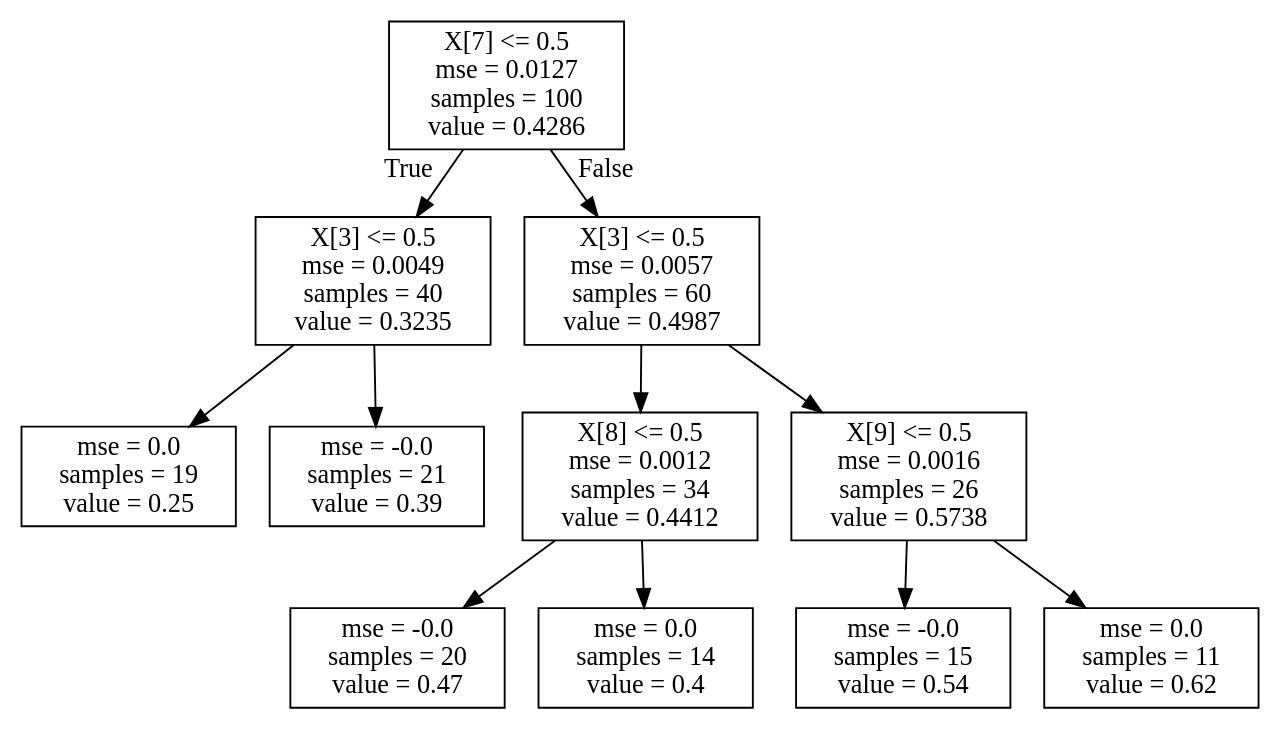
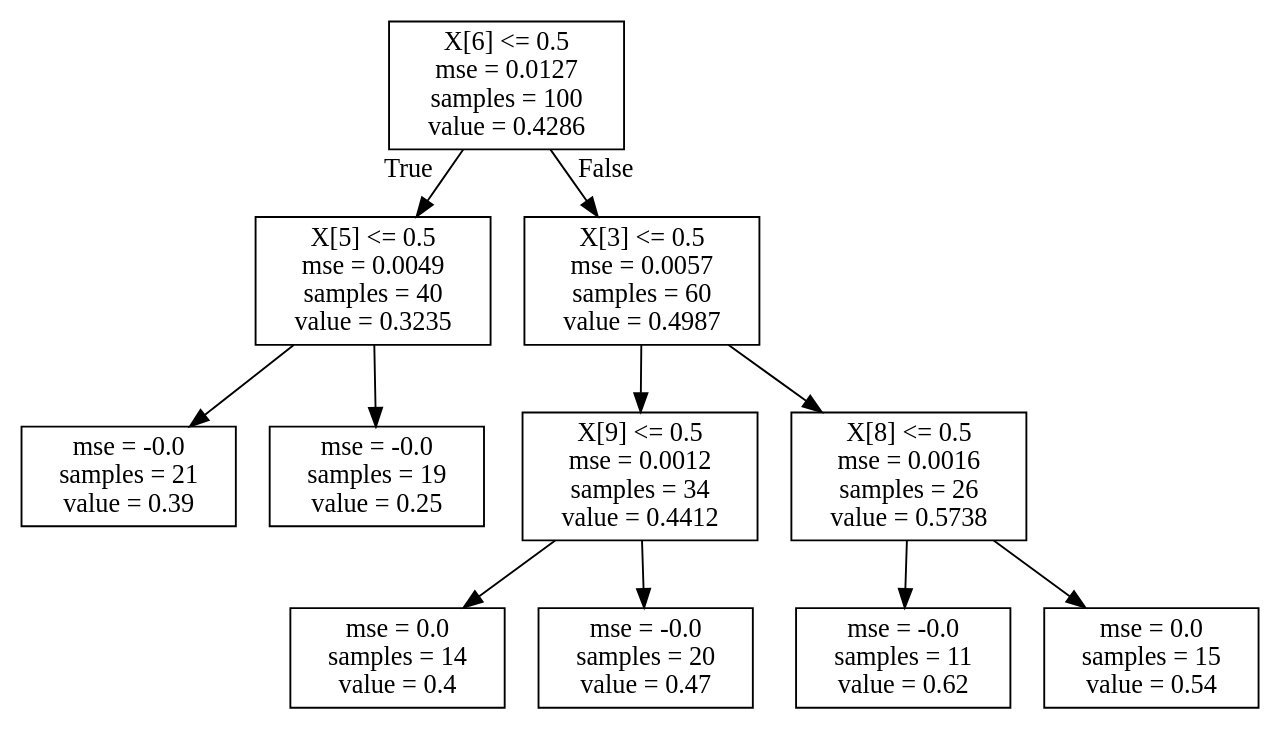
One commit to ai-se/SPL changed the diagram in surrogate_data/simple_2.dot. Above: the diagram before and after it, drawn with Graphviz. The commit also changed 12 other files, not shown here.

```diff
--- a/surrogate_data/simple_2.dot
+++ b/surrogate_data/simple_2.dot
@@ -1,24 +1,24 @@
 digraph Tree {
 node [shape=box] ;
-0 [label="X[7] <= 0.5\nmse = 0.0127\nsamples = 100\nvalue = 0.4286"] ;
-1 [label="X[3] <= 0.5\nmse = 0.0049\nsamples = 40\nvalue = 0.3235"] ;
+0 [label="X[6] <= 0.5\nmse = 0.0127\nsamples = 100\nvalue = 0.4286"] ;
+1 [label="X[5] <= 0.5\nmse = 0.0049\nsamples = 40\nvalue = 0.3235"] ;
 0 -> 1 [labeldistance=2.5, labelangle=45, headlabel="True"] ;
-2 [label="mse = 0.0\nsamples = 19\nvalue = 0.25"] ;
+2 [label="mse = -0.0\nsamples = 21\nvalue = 0.39"] ;
 1 -> 2 ;
-3 [label="mse = -0.0\nsamples = 21\nvalue = 0.39"] ;
+3 [label="mse = -0.0\nsamples = 19\nvalue = 0.25"] ;
 1 -> 3 ;
 4 [label="X[3] <= 0.5\nmse = 0.0057\nsamples = 60\nvalue = 0.4987"] ;
 0 -> 4 [labeldistance=2.5, labelangle=-45, headlabel="False"] ;
-5 [label="X[8] <= 0.5\nmse = 0.0012\nsamples = 34\nvalue = 0.4412"] ;
+5 [label="X[9] <= 0.5\nmse = 0.0012\nsamples = 34\nvalue = 0.4412"] ;
 4 -> 5 ;
-6 [label="mse = -0.0\nsamples = 20\nvalue = 0.47"] ;
+6 [label="mse = 0.0\nsamples = 14\nvalue = 0.4"] ;
 5 -> 6 ;
-7 [label="mse = 0.0\nsamples = 14\nvalue = 0.4"] ;
+7 [label="mse = -0.0\nsamples = 20\nvalue = 0.47"] ;
 5 -> 7 ;
-8 [label="X[9] <= 0.5\nmse = 0.0016\nsamples = 26\nvalue = 0.5738"] ;
+8 [label="X[8] <= 0.5\nmse = 0.0016\nsamples = 26\nvalue = 0.5738"] ;
 4 -> 8 ;
-9 [label="mse = -0.0\nsamples = 15\nvalue = 0.54"] ;
+9 [label="mse = -0.0\nsamples = 11\nvalue = 0.62"] ;
 8 -> 9 ;
-10 [label="mse = 0.0\nsamples = 11\nvalue = 0.62"] ;
+10 [label="mse = 0.0\nsamples = 15\nvalue = 0.54"] ;
 8 -> 10 ;
 }
```
